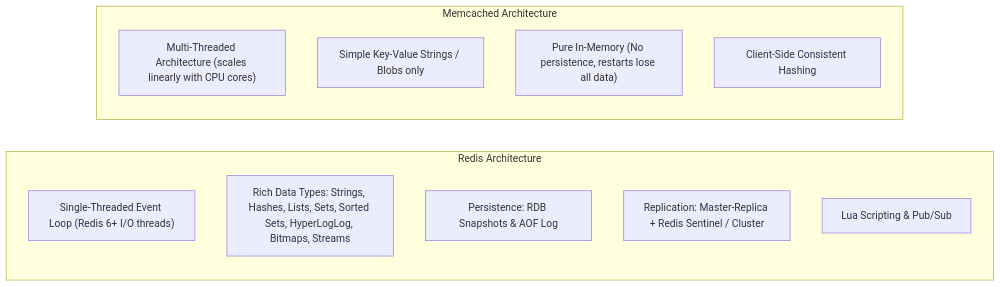
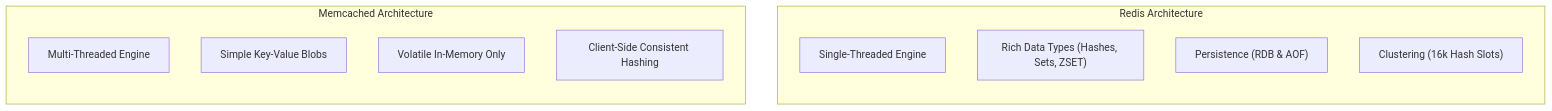
One commit to Sourav108/strivers-lld changed the third of 5 diagrams in strivers-hld/05-Caching/README.md. Above: the diagram before and after it, drawn with Mermaid. The commit also changed other lines of this file and 39 other files, not shown here.

Commit message:
fix(mermaid): wrap node labels, simplify diamonds, and reformat wide diagrams for perfect GitHub rendering

````diff
--- a/strivers-hld/05-Caching/README.md
+++ b/strivers-hld/05-Caching/README.md
@@ -56,17 +62,18 @@
 ```mermaid
-flowchart LR
+flowchart TD
     subgraph Redis["Redis Architecture"]
-        R1["Single-Threaded Event Loop (Redis 6+ I/O threads)"]
-        R2["Rich Data Types: Strings, Hashes, Lists, Sets, Sorted Sets, HyperLogLog, Bitmaps, Streams"]
-        R3["Persistence: RDB Snapshots & AOF Log"]
-        R4["Replication: Master-Replica + Redis Sentinel / Cluster"]
-        R5["Lua Scripting & Pub/Sub"]
+        direction TB
+        R1["Single-Threaded Engine"]
+        R2["Rich Data Types (Hashes, Sets, ZSET)"]
+        R3["Persistence (RDB & AOF)"]
+        R4["Clustering (16k Hash Slots)"]
     end
 
     subgraph Memcached["Memcached Architecture"]
-        M1["Multi-Threaded Architecture (scales linearly with CPU cores)"]
-        M2["Simple Key-Value Strings / Blobs only"]
-        M3["Pure In-Memory (No persistence, restarts lose all data)"]
+        direction TB
+        M1["Multi-Threaded Engine"]
+        M2["Simple Key-Value Blobs"]
+        M3["Volatile In-Memory Only"]
         M4["Client-Side Consistent Hashing"]
     end
 ```
````
